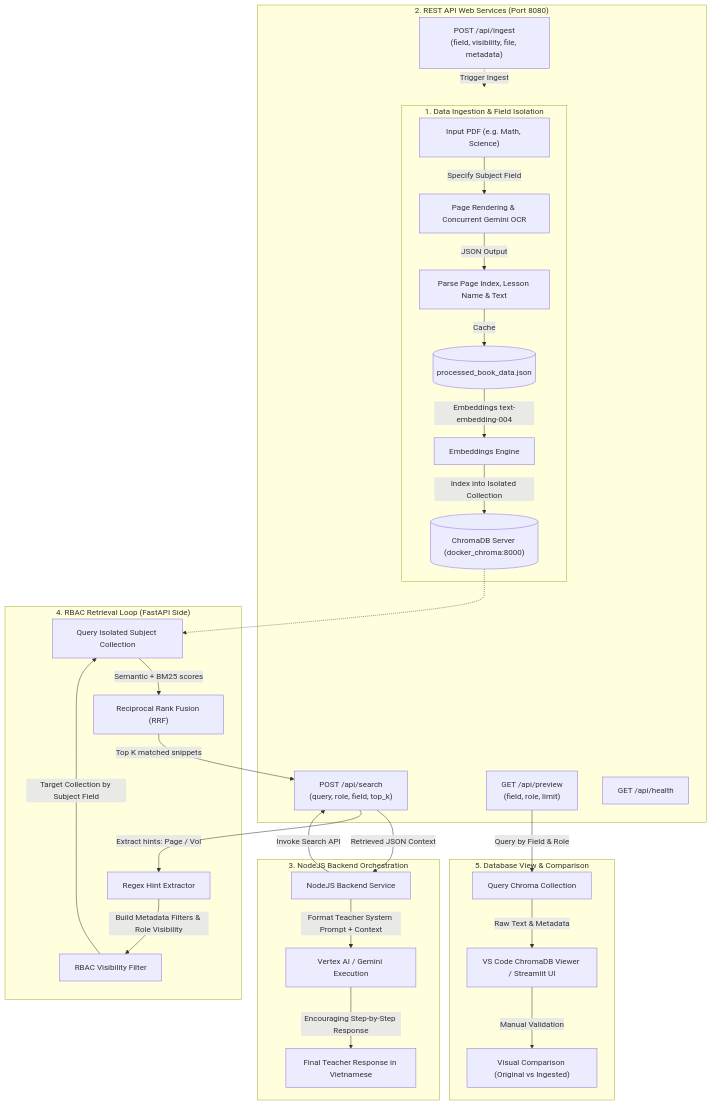
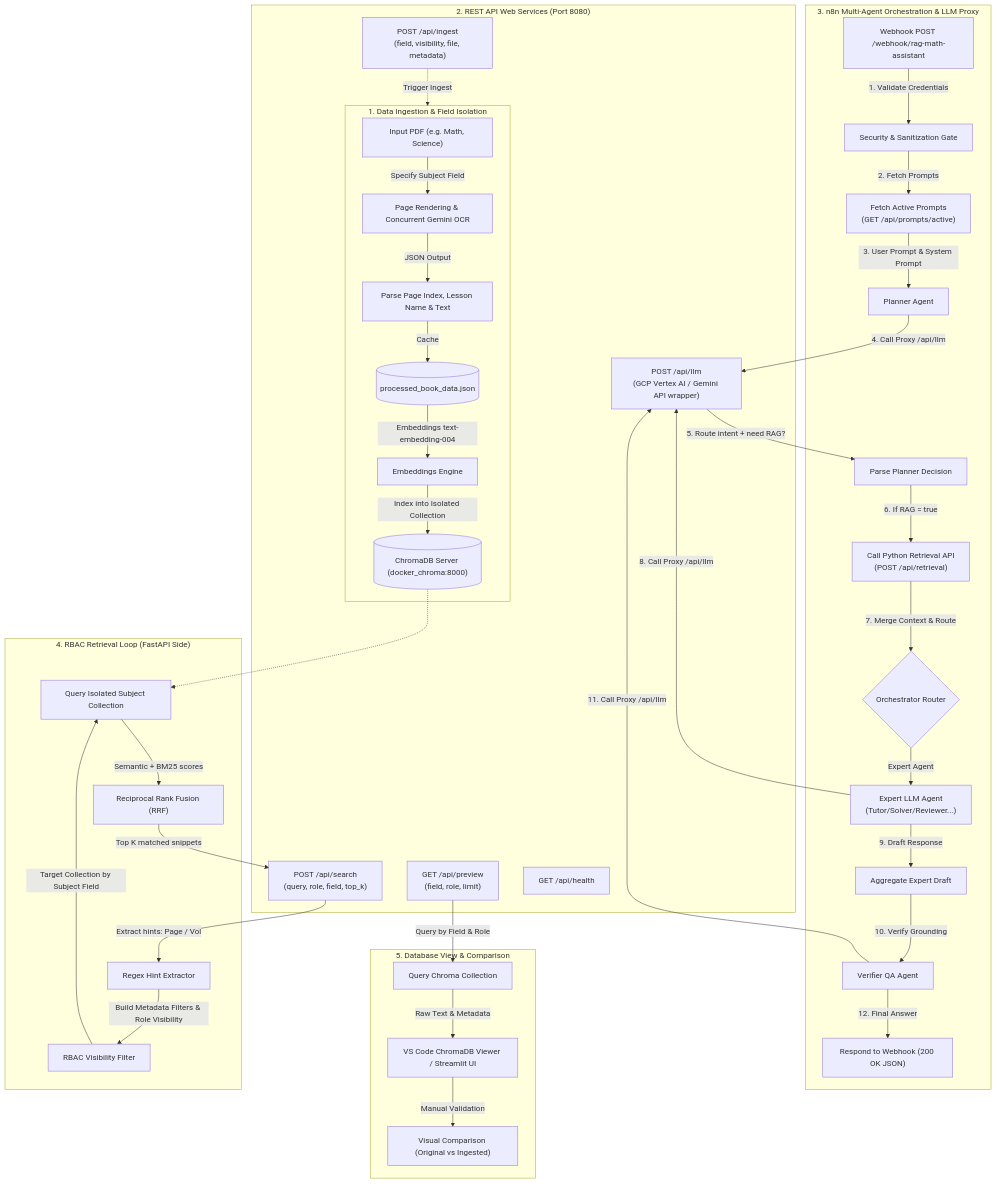
One commit to o1676733391/edu-retrieval changed the diagram in ai_core_architecture.md. Above: the diagram before and after it, drawn with Mermaid. The commit also changed other lines of this file and 9 other files, not shown here.

````diff
--- a/ai_core_architecture.md
+++ b/ai_core_architecture.md
@@ -11,45 +11,55 @@
 ```mermaid
 graph TD
     %% Styling
     classDef process fill:#f9f,stroke:#333,stroke-width:2px;
     classDef storage fill:#bbf,stroke:#333,stroke-width:2px;
     classDef api fill:#bfb,stroke:#333,stroke-width:2px;
 
     %% Pipelines
     subgraph Ingestion_Pipeline ["1. Data Ingestion & Field Isolation"]
         PDF["Input PDF (e.g. Math, Science)"] -->|Specify Subject Field| OCR["Page Rendering & Concurrent Gemini OCR"]
         OCR -->|JSON Output| Validate["Parse Page Index, Lesson Name & Text"]
         Validate -->|Cache| JSON_Cache[("processed_book_data.json")]
         JSON_Cache -->|Embeddings text-embedding-004| Embed["Embeddings Engine"]
         Embed -->|Index into Isolated Collection| DB[("ChromaDB Server (docker_chroma:8000)")]
     end
 
     subgraph API_Endpoints ["2. REST API Web Services (Port 8080)"]
         Ingest_API["POST /api/ingest<br>(field, visibility, file, metadata)"] -.->|Trigger Ingest| Ingestion_Pipeline
         Search_API["POST /api/search<br>(query, role, field, top_k)"]
         Preview_API["GET /api/preview<br>(field, role, limit)"]
         Health_API["GET /api/health"]
+        LLM_Proxy["POST /api/llm<br>(GCP Vertex AI / Gemini API wrapper)"]
     end
 
-    subgraph NodeJS_Orchestration ["3. NodeJS Backend Orchestration"]
-        NodeJS_App["NodeJS Backend Service"] -->|Invoke Search API| Search_API
-        Search_API -->|Retrieved JSON Context| NodeJS_App
-        NodeJS_App -->|Format Teacher System Prompt + Context| LLM_Execution["Vertex AI / Gemini Execution"]
-        LLM_Execution -->|Encouraging Step-by-Step Response| NodeJS_Output["Final Teacher Response in Vietnamese"]
+    subgraph n8n_Orchestration ["3. n8n Multi-Agent Orchestration & LLM Proxy"]
+        Webhook_In["Webhook POST /webhook/rag-math-assistant"] -->|1. Validate Credentials| Security_Gate["Security & Sanitization Gate"]
+        Security_Gate -->|2. Fetch Prompts| Fetch_Prompts["Fetch Active Prompts<br>(GET /api/prompts/active)"]
+        Fetch_Prompts -->|3. User Prompt & System Prompt| Planner_Agent["Planner Agent"]
+        Planner_Agent -->|4. Call Proxy /api/llm| LLM_Proxy
+        LLM_Proxy -->|5. Route intent + need RAG?| Parse_Planner["Parse Planner Decision"]
+        Parse_Planner -->|6. If RAG = true| Call_Retriever["Call Python Retrieval API<br>(POST /api/retrieval)"]
+        Call_Retriever -->|7. Merge Context & Route| Router{"Orchestrator Router"}
+        Router -->|Expert Agent| Expert_Agent["Expert LLM Agent<br>(Tutor/Solver/Reviewer...)"]
+        Expert_Agent -->|8. Call Proxy /api/llm| LLM_Proxy
+        Expert_Agent -->|9. Draft Response| Aggregate["Aggregate Expert Draft"]
+        Aggregate -->|10. Verify Grounding| Verifier["Verifier QA Agent"]
+        Verifier -->|11. Call Proxy /api/llm| LLM_Proxy
+        Verifier -->|12. Final Answer| Respond_Webhook["Respond to Webhook (200 OK JSON)"]
     end
 
     subgraph Retrieval_Loop ["4. RBAC Retrieval Loop (FastAPI Side)"]
         Search_API -->|Extract hints: Page / Vol| HintExtract["Regex Hint Extractor"]
         HintExtract -->|Build Metadata Filters & Role Visibility| RBAC_Filter["RBAC Visibility Filter"]
         RBAC_Filter -->|Target Collection by Subject Field| DB_Query["Query Isolated Subject Collection"]
         DB -.-> DB_Query
         DB_Query -->|Semantic + BM25 scores| RRF["Reciprocal Rank Fusion (RRF)"]
         RRF -->|Top K matched snippets| Search_API
     end
 
     subgraph Visualization_UI ["5. Database View & Comparison"]
         Preview_API -->|Query by Field & Role| DB_View["Query Chroma Collection"]
         DB_View -->|Raw Text & Metadata| UI_Compare["VS Code ChromaDB Viewer / Streamlit UI"]
         UI_Compare -->|Manual Validation| Compare["Visual Comparison (Original vs Ingested)"]
     end
 ```
````
